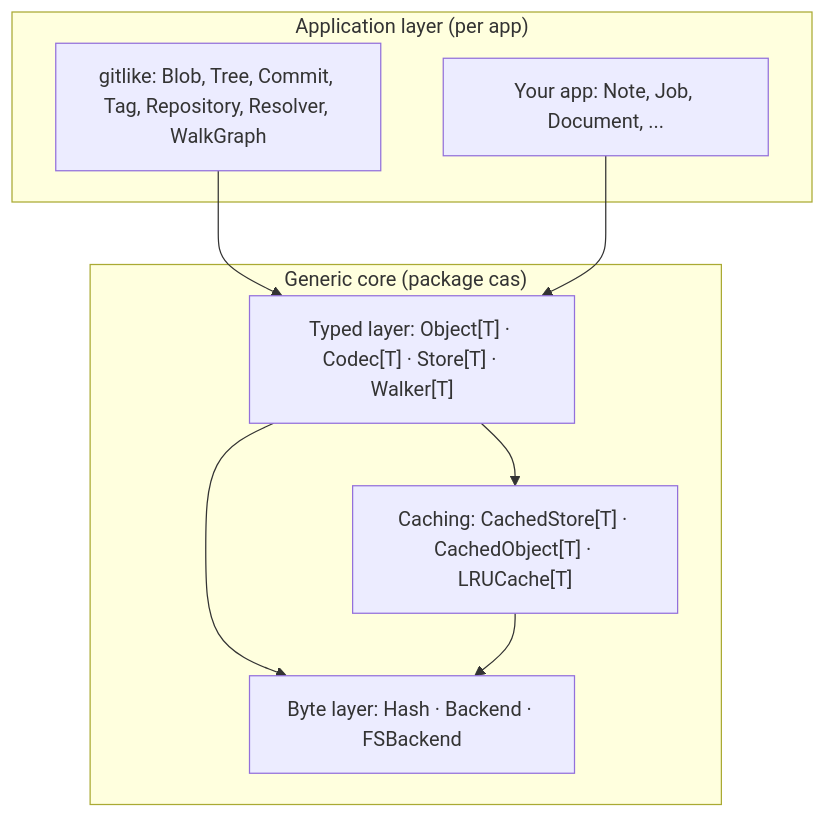
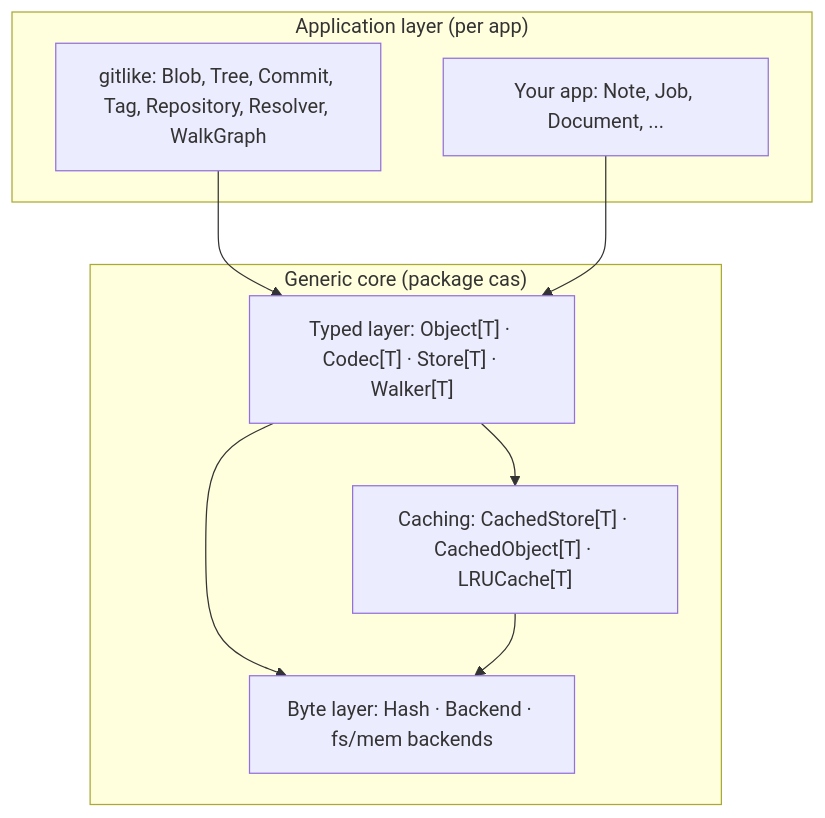
Before and after one commit to dmundt/go-cask: the diagram in AGENTS.md, drawn with Mermaid. The commit also changed other lines of this file and 15 other files, not shown here.

````diff
--- a/AGENTS.md
+++ b/AGENTS.md
@@ -183,17 +183,17 @@
 ```mermaid
 flowchart TB
     subgraph APP["Application layer (per app)"]
         APP1["gitlike: Blob, Tree, Commit, Tag, Repository, Resolver, WalkGraph"]
         APP2["Your app: Note, Job, Document, ..."]
     end
     subgraph CORE["Generic core (package cas)"]
         TYPED["Typed layer: Object[T] · Codec[T] · Store[T] · Walker[T]"]
         CACHE["Caching: CachedStore[T] · CachedObject[T] · LRUCache[T]"]
-        BYTE["Byte layer: Hash · Backend · FSBackend"]
+        BYTE["Byte layer: Hash · Backend · fs/mem backends"]
     end
     APP1 --> TYPED
     APP2 --> TYPED
     TYPED --> CACHE
     TYPED --> BYTE
     CACHE --> BYTE
 ```
````
